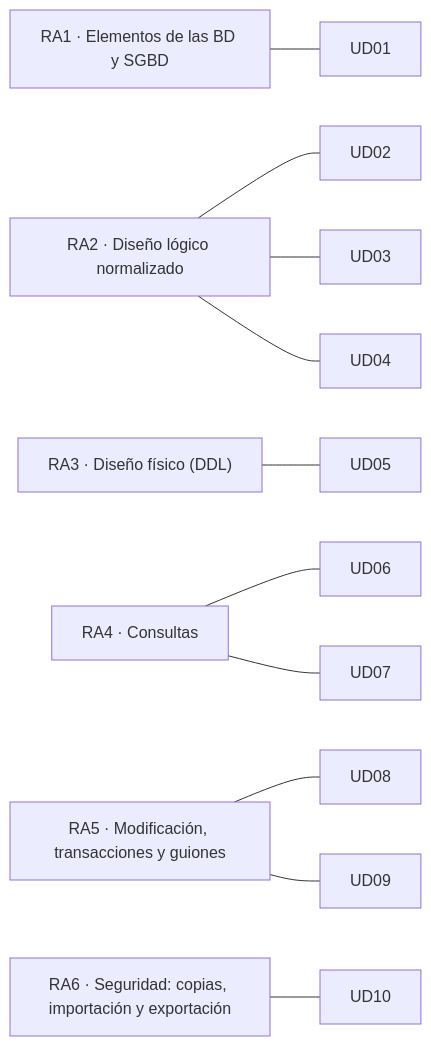
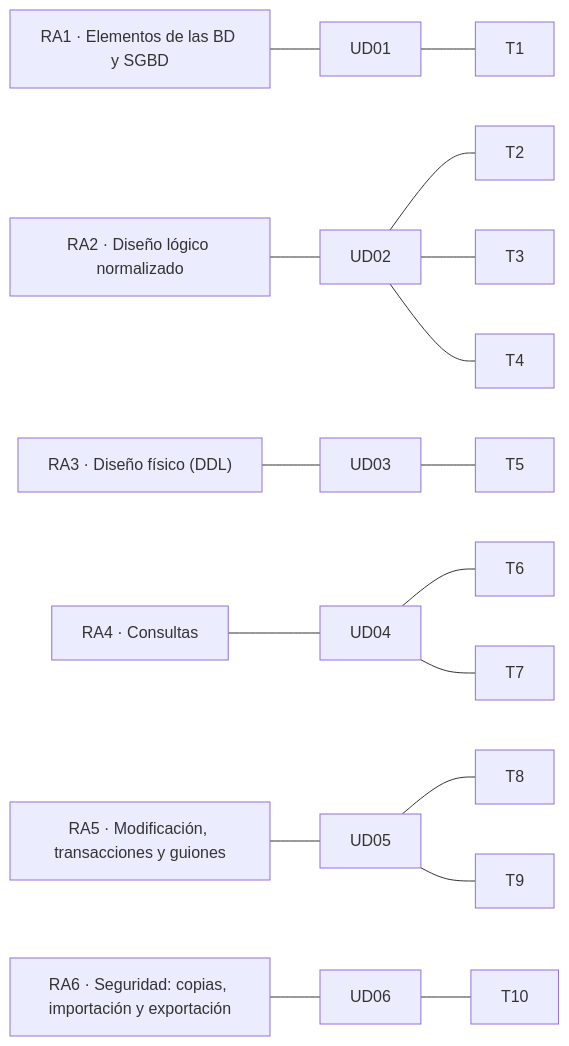
One commit to LorenaLResusta/GBD changed the diagram in content.es/guia/ra-ce.md. Above: the diagram before and after it, drawn with Mermaid. The commit also changed other lines of this file and 132 other files, not shown here.

````diff
--- a/content.es/guia/ra-ce.md
+++ b/content.es/guia/ra-ce.md
@@ -29,9 +29,9 @@
 ```mermaid
 flowchart LR
-    RA1["RA1 · Elementos de las BD y SGBD"] --- UD01
-    RA2["RA2 · Diseño lógico normalizado"] --- UD02 & UD03 & UD04
-    RA3["RA3 · Diseño físico (DDL)"] --- UD05
-    RA4["RA4 · Consultas"] --- UD06 & UD07
-    RA5["RA5 · Modificación, transacciones y guiones"] --- UD08 & UD09
-    RA6["RA6 · Seguridad: copias, importación y exportación"] --- UD10
+    RA1["RA1 · Elementos de las BD y SGBD"] --- UD01["UD01"] --- T1
+    RA2["RA2 · Diseño lógico normalizado"] --- UD02["UD02"] --- T2 & T3 & T4
+    RA3["RA3 · Diseño físico (DDL)"] --- UD03["UD03"] --- T5
+    RA4["RA4 · Consultas"] --- UD04["UD04"] --- T6 & T7
+    RA5["RA5 · Modificación, transacciones y guiones"] --- UD05["UD05"] --- T8 & T9
+    RA6["RA6 · Seguridad: copias, importación y exportación"] --- UD06["UD06"] --- T10
 ```
````
